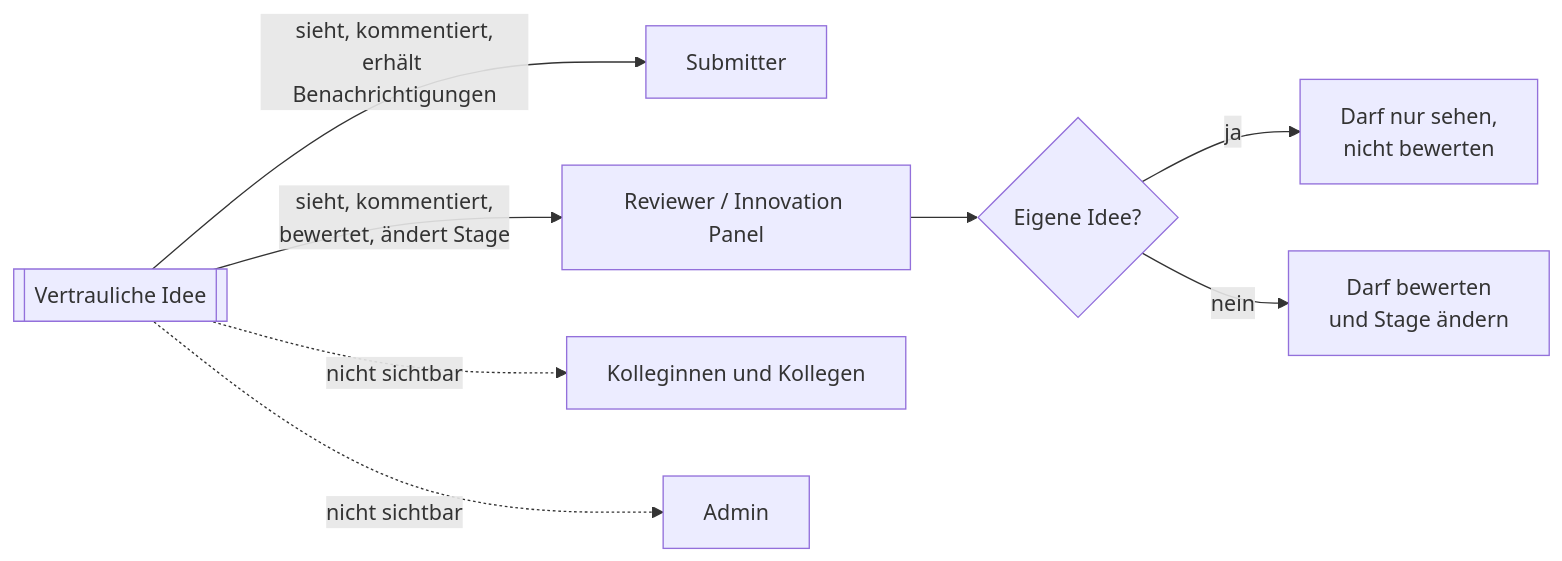
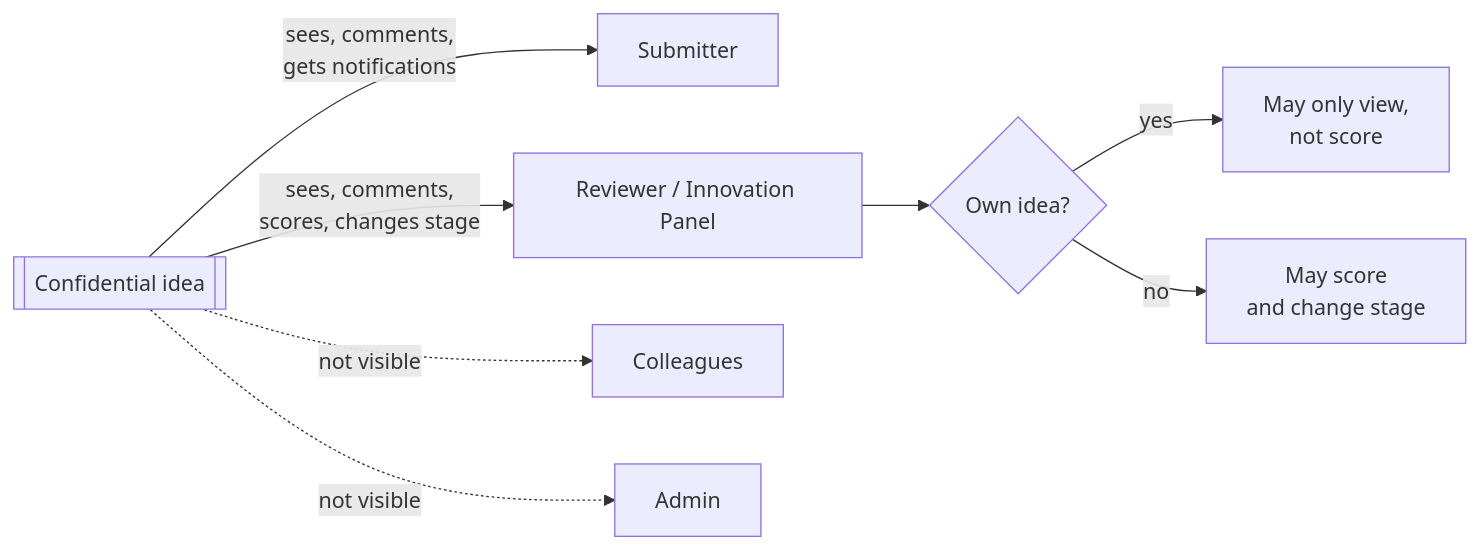
Before and after one commit to mistakanista/ideaforge: the third of 5 diagrams in design/UserJourney/userJourney.md, drawn with Mermaid. The commit also changed other lines of this file, not shown here.

````diff
--- a/design/UserJourney/userJourney.md
+++ b/design/UserJourney/userJourney.md
@@ -125,11 +125,11 @@
 ```mermaid
 flowchart LR
-    I[["Vertrauliche Idee"]]
-    I -- "sieht, kommentiert,<br/>erhält Benachrichtigungen" --> S["Submitter"]
-    I -- "sieht, kommentiert,<br/>bewertet, ändert Stage" --> R["Reviewer / Innovation Panel"]
-    I -. "nicht sichtbar" .-> K["Kolleginnen und Kollegen"]
-    I -. "nicht sichtbar" .-> A["Admin"]
-    R --> C{"Eigene Idee?"}
-    C -- ja --> C1["Darf nur sehen,<br/>nicht bewerten"]
-    C -- nein --> C2["Darf bewerten<br/>und Stage ändern"]
+    I[["Confidential idea"]]
+    I -- "sees, comments,<br/>gets notifications" --> S["Submitter"]
+    I -- "sees, comments,<br/>scores, changes stage" --> R["Reviewer / Innovation Panel"]
+    I -. "not visible" .-> K["Colleagues"]
+    I -. "not visible" .-> A["Admin"]
+    R --> C{"Own idea?"}
+    C -- yes --> C1["May only view,<br/>not score"]
+    C -- no --> C2["May score<br/>and change stage"]
 ```
````
